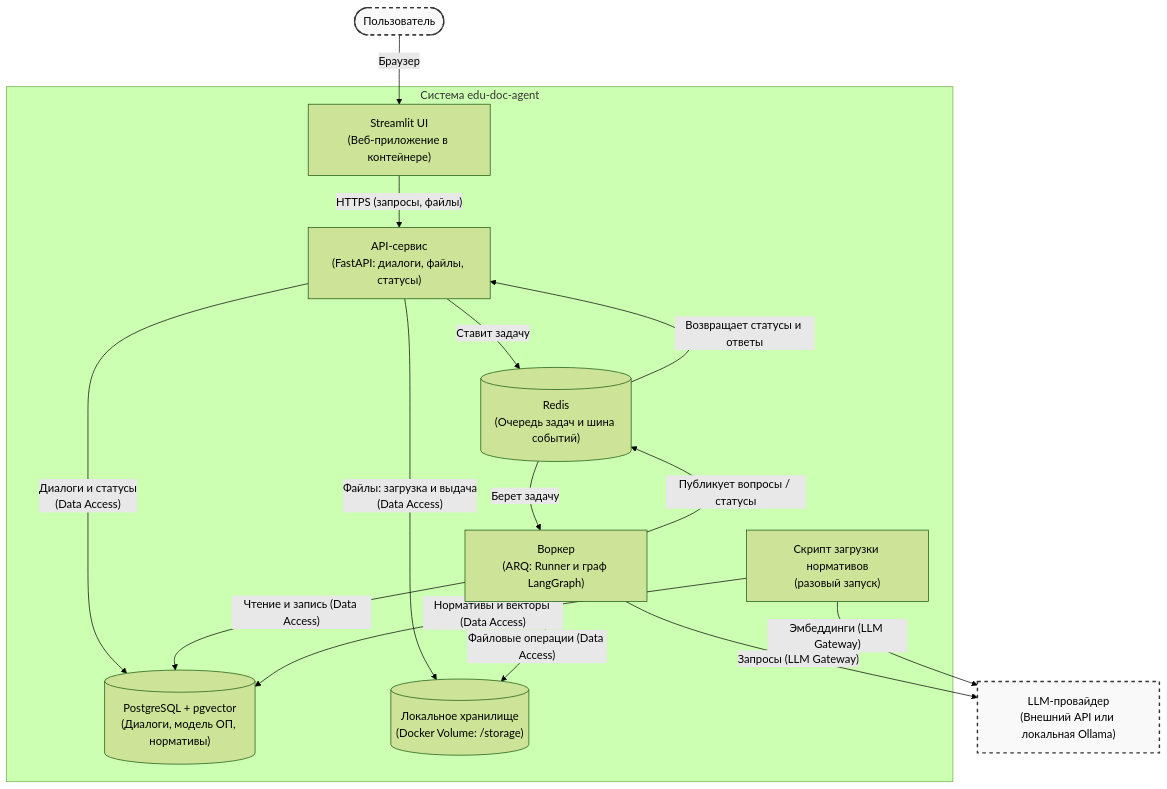
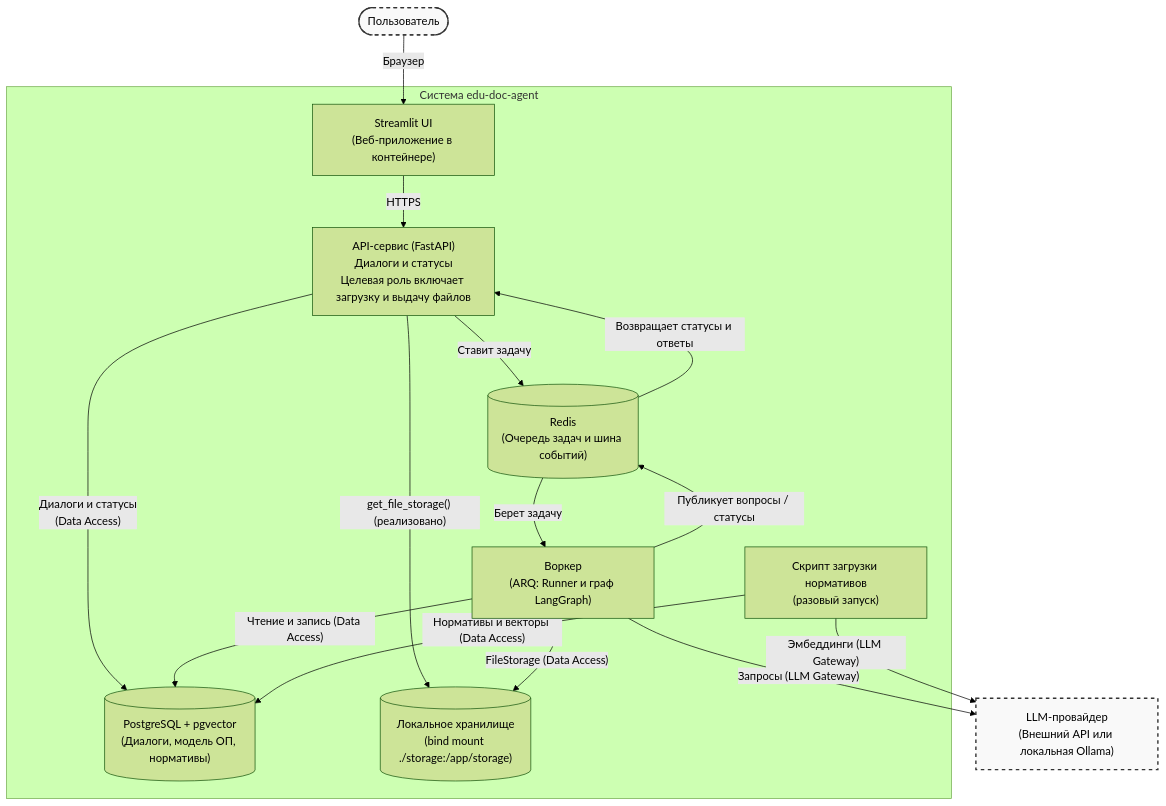
One commit to citec-spbu/edu-doc-agent changed the second of 3 diagrams in docs/backend-architecture.md. Above: the diagram before and after it, drawn with Mermaid (forest theme). The commit also changed other lines of this file and 15 other files, not shown here.

````diff
--- a/docs/backend-architecture.md
+++ b/docs/backend-architecture.md
@@ -59,37 +59,37 @@
 ```mermaid
 flowchart TB
     USER(["Пользователь"])
 
     subgraph System ["Система edu-doc-agent"]
         UI["Streamlit UI<br/>(Веб-приложение в контейнере)"]
-        API["API-сервис<br/>(FastAPI: диалоги, файлы, статусы)"]
+        API["API-сервис (FastAPI)<br/>Диалоги и статусы<br/>Целевая роль включает загрузку и выдачу файлов"]
         REDIS[("Redis<br/>(Очередь задач и шина событий)")]
 
         WORKER["Воркер<br/>(ARQ: Runner и граф LangGraph)"]
         SEED["Скрипт загрузки нормативов<br/>(разовый запуск)"]
 
         DB[("PostgreSQL + pgvector<br/>(Диалоги, модель ОП, нормативы)")]
-        FS[("Локальное хранилище<br/>(Docker Volume: /storage)")]
+        FS[("Локальное хранилище<br/>(bind mount ./storage:/app/storage)")]
     end
 
     LLM["LLM-провайдер<br/>(Внешний API или локальная Ollama)"]
 
     USER -- "Браузер" --> UI
-    UI -- "HTTPS (запросы, файлы)" --> API
+    UI -- "HTTPS" --> API
     API -- "Ставит задачу" --> REDIS
     REDIS -- "Берет задачу" --> WORKER
     WORKER -- "Публикует вопросы / статусы" --> REDIS
     REDIS -- "Возвращает статусы и ответы" --> API
 
-    API -- "Файлы: загрузка и выдача<br/>(Data Access)" --> FS
+    API -- "get_file_storage() (реализовано)" --> FS
     API -- "Диалоги и статусы<br/>(Data Access)" --> DB
     WORKER -- "Чтение и запись (Data Access)" --> DB
-    WORKER -- "Файловые операции (Data Access)" --> FS
+    WORKER -- "FileStorage (Data Access)" --> FS
     WORKER -- "Запросы (LLM Gateway)" --> LLM
     SEED -- "Нормативы и векторы (Data Access)" --> DB
     SEED -- "Эмбеддинги (LLM Gateway)" --> LLM
 
     classDef external fill:#f9f9f9,stroke:#333,stroke-width:2px,stroke-dasharray: 5 5;
     class USER,LLM external;
 
 ```
````
